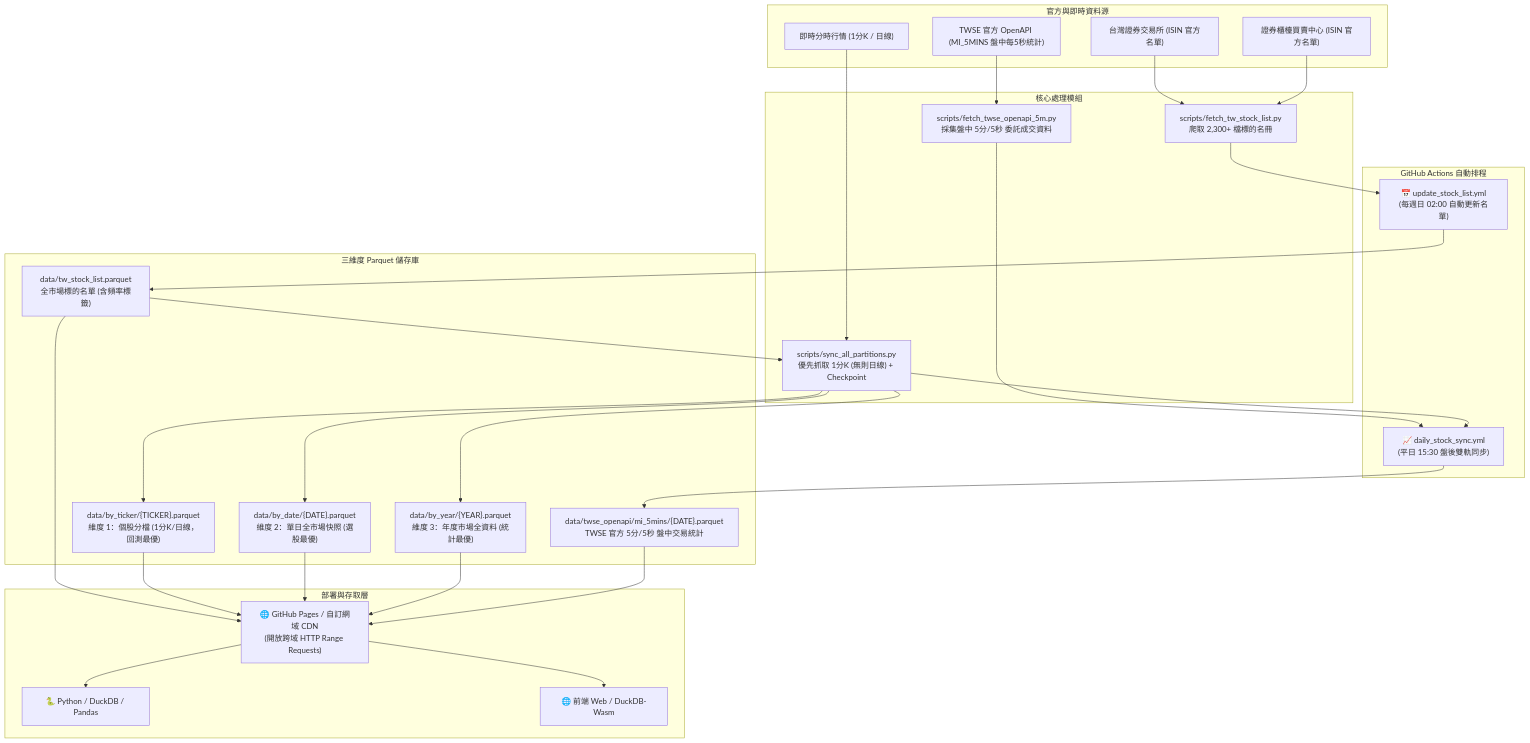
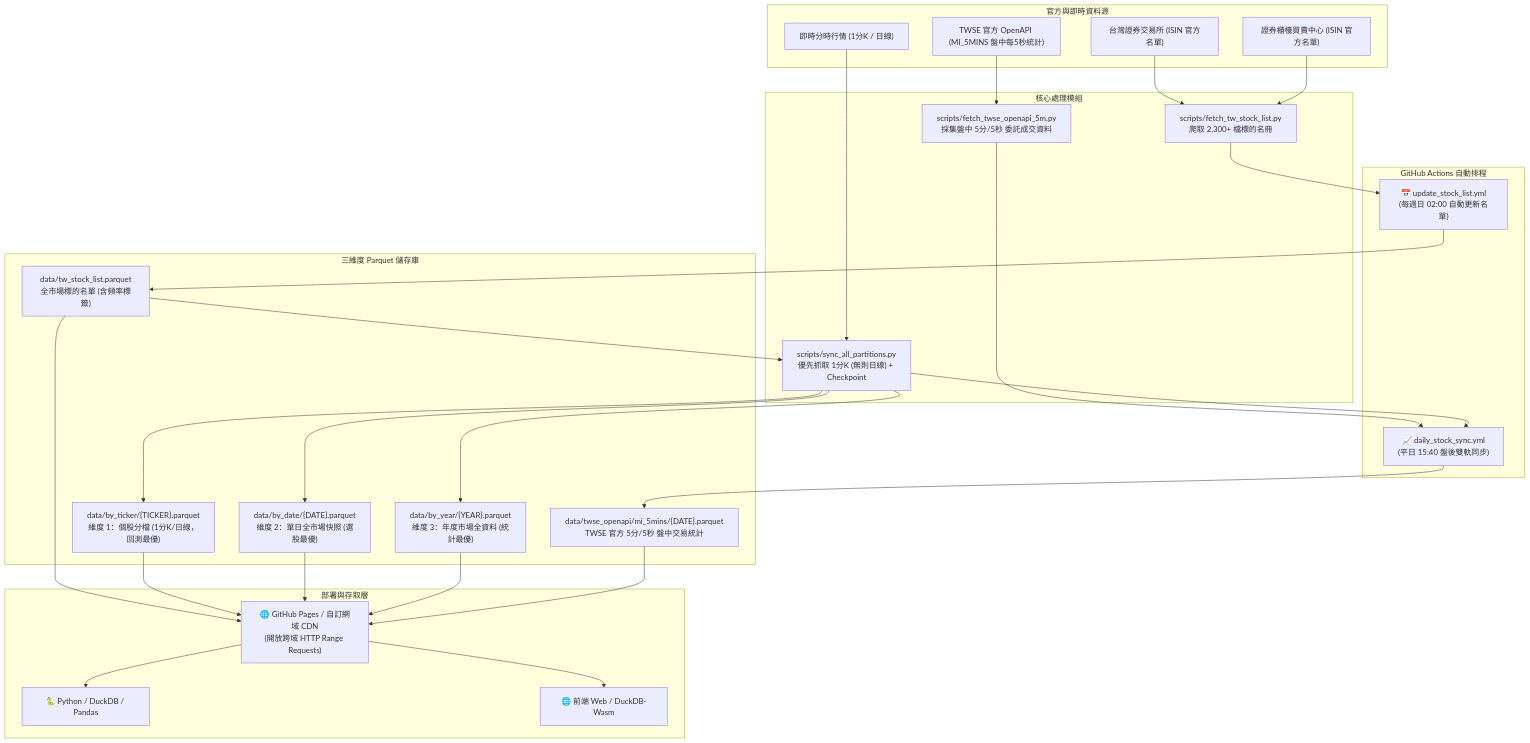
Before and after one commit to BlackBoxOP/tw_stock: the diagram in README.md, drawn with Mermaid. The commit also changed 1 other file, not shown here.

Commit message:
Workflow: reschedule cron to 15:40 (07:40 UTC) to avoid peak queue delay

````diff
--- a/README.md
+++ b/README.md
@@ -27,41 +27,41 @@
 ```mermaid
 flowchart TD
     subgraph 官方與即時資料源
         TWSE["台灣證券交易所 (ISIN 官方名單)"]
         TPEX["證券櫃檯買賣中心 (ISIN 官方名單)"]
         YF["即時分時行情 (1分K / 日線)"]
         OPENAPI["TWSE 官方 OpenAPI (MI_5MINS 盤中每5秒統計)"]
     end
 
     subgraph GitHub Actions 自動排程
         W1["📅 update_stock_list.yml<br/>(每週日 02:00 自動更新名單)"]
-        W2["📈 daily_stock_sync.yml<br/>(平日 15:30 盤後雙軌同步)"]
+        W2["📈 daily_stock_sync.yml<br/>(平日 15:40 盤後雙軌同步)"]
     end
 
     subgraph 核心處理模組
         F1["scripts/fetch_tw_stock_list.py<br/>爬取 2,300+ 檔標的名冊"]
         F2["scripts/fetch_twse_openapi_5m.py<br/>採集盤中 5分/5秒 委託成交資料"]
         F3["scripts/sync_all_partitions.py<br/>優先抓取 1分K (無則日線) + Checkpoint"]
     end
 
     subgraph 三維度 Parquet 儲存庫
         P0["data/tw_stock_list.parquet<br/>全市場標的名單 (含頻率標籤)"]
         P1["data/by_ticker/{TICKER}.parquet<br/>維度 1：個股分檔 (1分K/日線，回測最優)"]
         P2["data/by_date/{DATE}.parquet<br/>維度 2：單日全市場快照 (選股最優)"]
         P3["data/by_year/{YEAR}.parquet<br/>維度 3：年度市場全資料 (統計最優)"]
         P4["data/twse_openapi/mi_5mins/{DATE}.parquet<br/>TWSE 官方 5分/5秒 盤中交易統計"]
     end
 
     subgraph 部署與存取層
         GP["🌐 GitHub Pages / 自訂網域 CDN<br/>(開放跨域 HTTP Range Requests)"]
         D1["🐍 Python / DuckDB / Pandas"]
         D2["🌐 前端 Web / DuckDB-Wasm"]
     end
 
     TWSE & TPEX --> F1 --> W1 --> P0
     OPENAPI --> F2 --> W2 --> P4
     P0 & YF --> F3 --> W2
     F3 --> P1 & P2 & P3
     P0 & P1 & P2 & P3 & P4 --> GP
     GP --> D1 & D2
 ```
````
